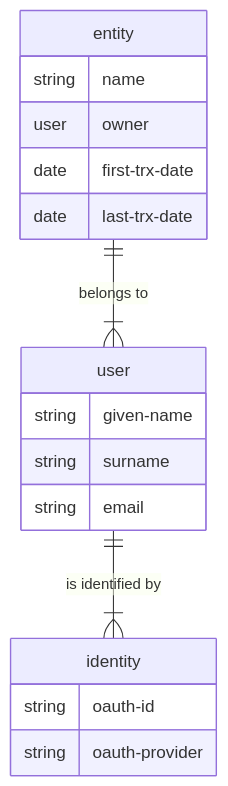
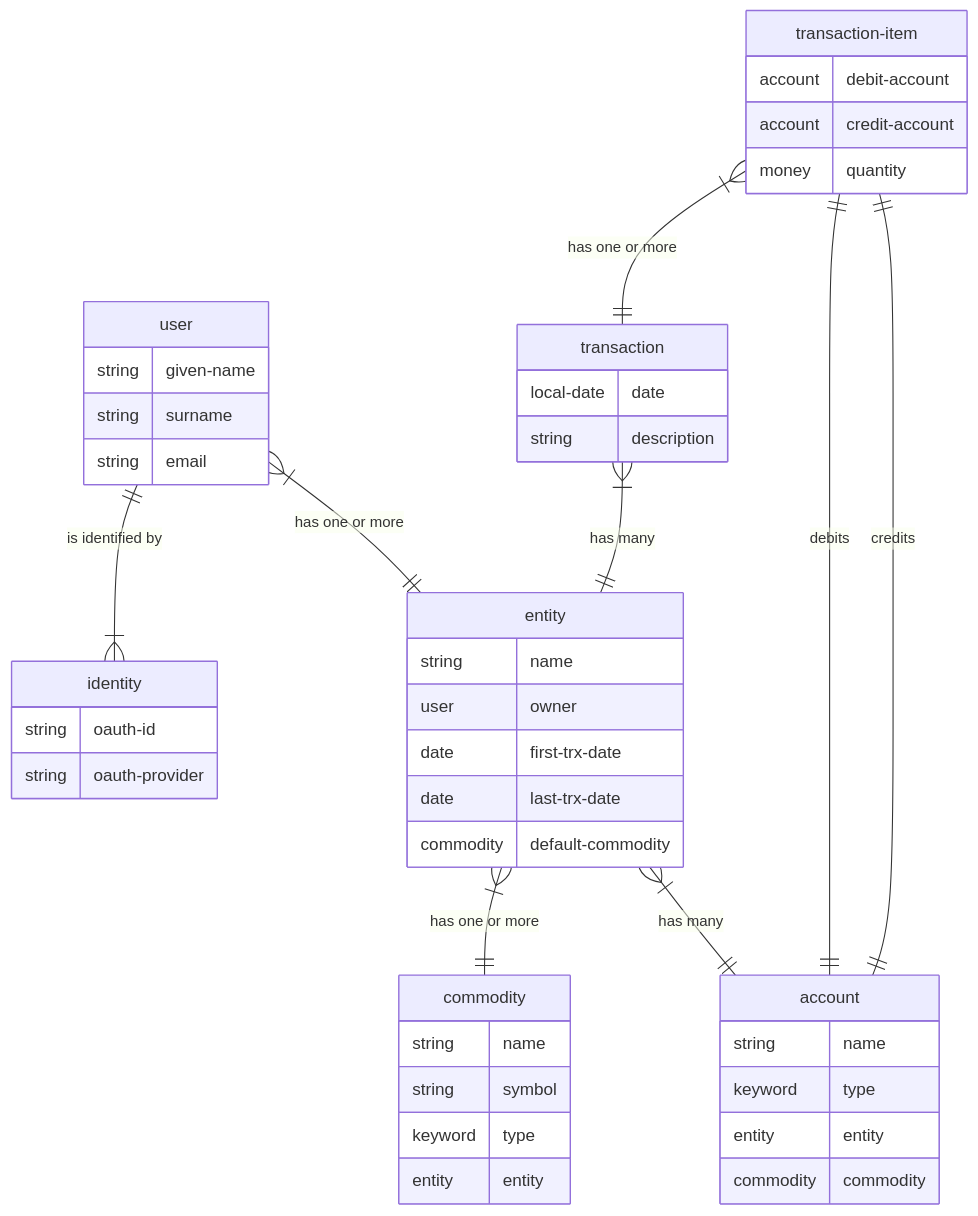
Before and after one commit to dgknght/multi-money: the diagram in README.md, drawn with Mermaid.

Commit message:
add models to readme

````diff
--- a/README.md
+++ b/README.md
@@ -15,20 +15,48 @@
 ```mermaid
 erDiagram
   user ||--|{ identity : "is identified by"
   user {
     string given-name
     string surname
     string email
   }
   identity {
     string oauth-id
     string oauth-provider
   }
-  entity ||--|{ user : "belongs to"
+  user }|--|| entity : "has one or more"
   entity {
     string name
     user owner
     date first-trx-date
     date last-trx-date
+    commodity default-commodity
   }
+  entity }|--|| commodity : "has one or more"
+  commodity {
+    string name
+    string symbol
+    keyword type
+    entity entity
+  }
+  entity }|--|| account : "has many"
+  account {
+    string name
+    keyword type
+    entity entity
+    commodity commodity
+  }
+  transaction }|--|| entity : "has many"
+  transaction {
+    local-date date
+    string description
+  }
+  transaction-item }|--|| transaction : "has one or more"
+  transaction-item {
+    account debit-account
+    account credit-account
+    money quantity
+  }
+  transaction-item ||--|| account : "debits"
+  transaction-item ||--|| account : "credits"
 ```
````
